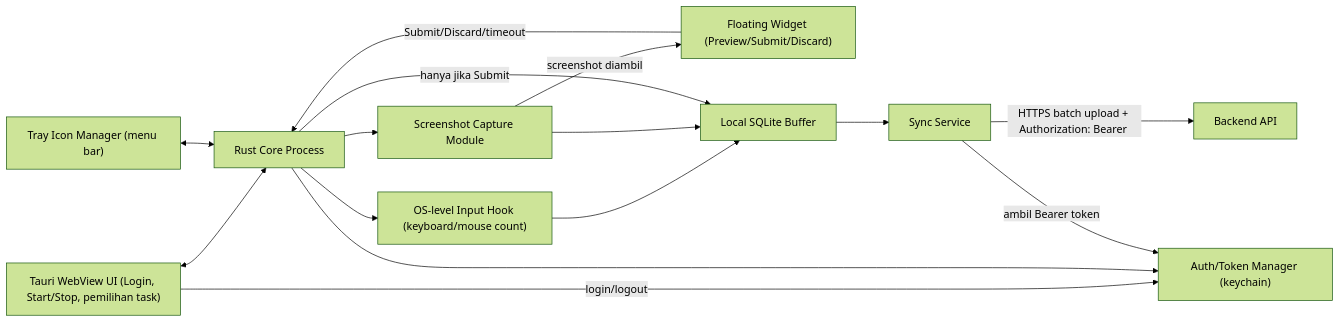
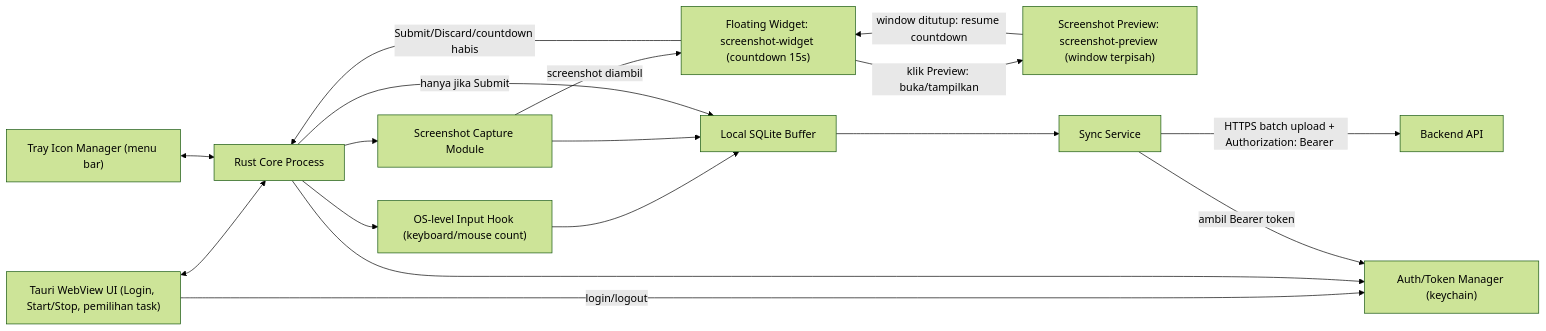
Before and after one commit to itshazlan/trackflow: the second of 13 diagrams in SDD_Lean_Internal.md, drawn with Mermaid (forest theme). The commit also changed other lines of this file and 8 other files, not shown here.

Commit message:
feat: implement 15-second screenshot widget countdown with independent preview window and transparent UI styling

````diff
--- a/SDD_Lean_Internal.md
+++ b/SDD_Lean_Internal.md
@@ -166,27 +166,30 @@
 ```mermaid
 flowchart LR
     UI["Tauri WebView UI (Login, Start/Stop, pemilihan task)"]
     TRAY["Tray Icon Manager (menu bar)"]
-    WIDGET["Floating Widget (Preview/Submit/Discard)"]
+    WIDGET["Floating Widget: screenshot-widget (countdown 15s)"]
+    PREVIEW["Screenshot Preview: screenshot-preview (window terpisah)"]
     CORE["Rust Core Process"]
     AUTH["Auth/Token Manager (keychain)"]
     HOOK["OS-level Input Hook (keyboard/mouse count)"]
     CAP["Screenshot Capture Module"]
     LOCALDB["Local SQLite Buffer"]
     SYNC["Sync Service"]
 
     UI <--> CORE
     UI -- login/logout --> AUTH
     TRAY <--> CORE
     CORE --> HOOK
     CORE --> CAP
     CORE --> AUTH
     CAP -- screenshot diambil --> WIDGET
-    WIDGET -- Submit/Discard/timeout --> CORE
+    WIDGET -- klik Preview: buka/tampilkan --> PREVIEW
+    PREVIEW -- window ditutup: resume countdown --> WIDGET
+    WIDGET -- Submit/Discard/countdown habis --> CORE
     HOOK --> LOCALDB
     CAP --> LOCALDB
     CORE -- hanya jika Submit --> LOCALDB
     LOCALDB --> SYNC
     SYNC -- ambil Bearer token --> AUTH
     SYNC -- "HTTPS batch upload + Authorization: Bearer <token>" --> API["Backend API"]
 ```
````
